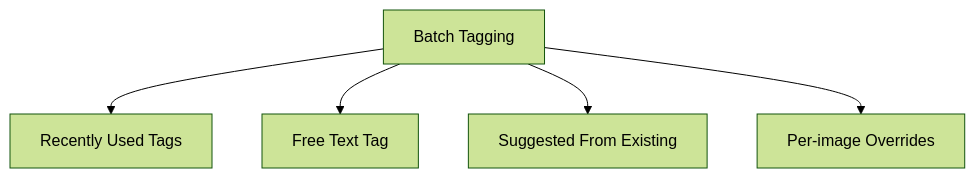
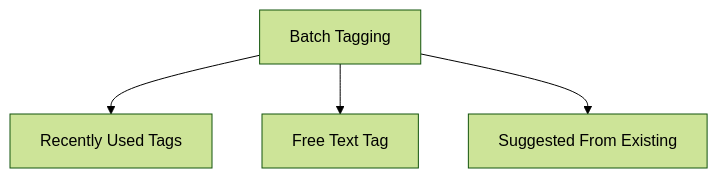
One commit to leahgarrett/image-management-system changed the fifth of 6 diagrams in docs/ui-flow.md. Above: the diagram before and after it, drawn with Mermaid (forest theme). The commit also changed other lines of this file and 1 other file, not shown here.

````diff
--- a/docs/ui-flow.md
+++ b/docs/ui-flow.md
@@ -107,13 +123,11 @@
 ```mermaid
 flowchart TD
     BatchTag[Batch Tagging]
     Recent[Recently Used Tags]
     FreeText[Free Text Tag]
     Suggestions[Suggested From Existing]
-    Overrides[Per-image Overrides]
 
     BatchTag --> Recent
     BatchTag --> FreeText
     BatchTag --> Suggestions
-    BatchTag --> Overrides
 ```
````
